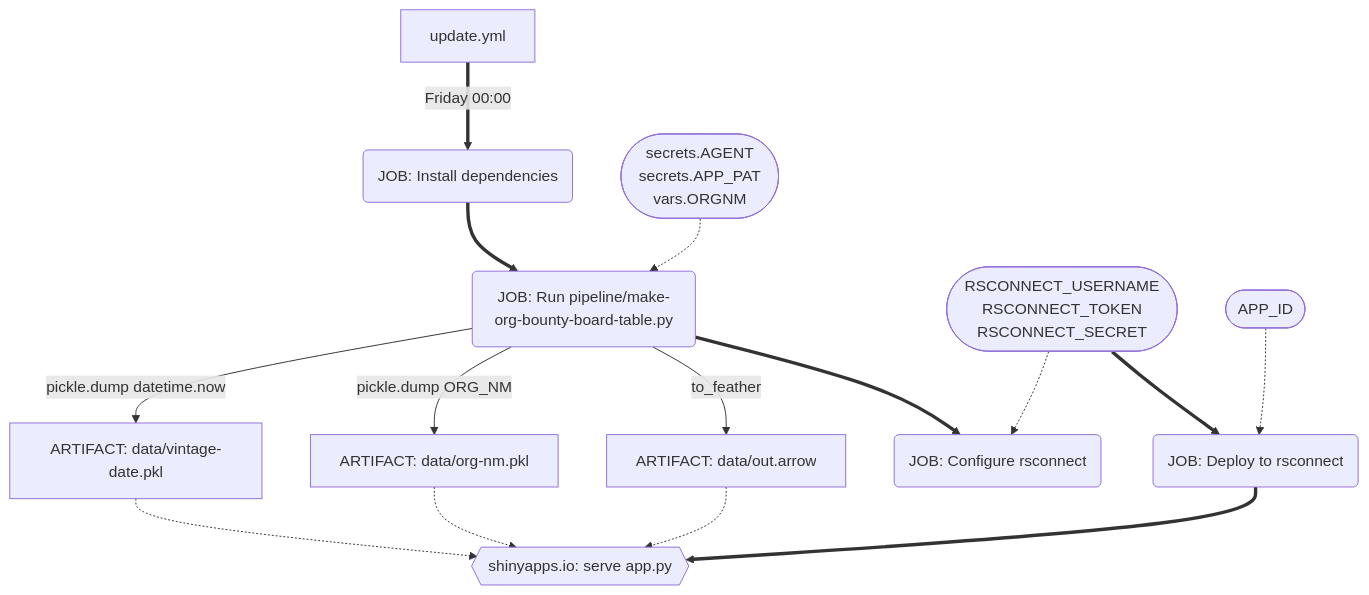
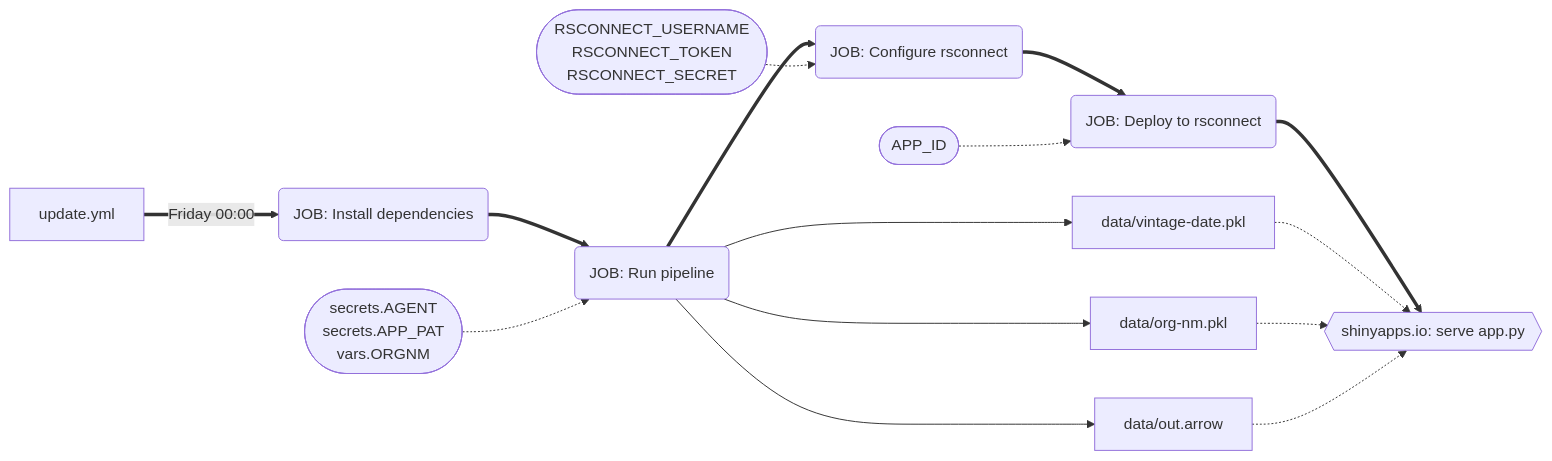
Before and after one commit to r-leyshon/org-issue-tool: the diagram in README.md, drawn with Mermaid.

Commit message:
Update README.md
Adjust mermaid chart

````diff
--- a/README.md
+++ b/README.md
@@ -11,18 +11,18 @@
 ```mermaid
-flowchart TD
+flowchart LR
     A[update.yml] ==>|Friday 00:00| B(JOB: Install dependencies)
-    B ==> C(JOB: Run pipeline/make-org-bounty-board-table.py)
-    C -->|pickle.dump datetime.now| D[ARTIFACT: data/vintage-date.pkl]
-    C -->|pickle.dump ORG_NM| E[ARTIFACT: data/org-nm.pkl]
-    C -->|to_feather| F[ARTIFACT: data/out.arrow]
+    B ==> C(JOB: Run pipeline)
+    C --> D[data/vintage-date.pkl]
+    C --> E[data/org-nm.pkl]
+    C --> F[data/out.arrow]
     G([secrets.AGENT\nsecrets.APP_PAT\nvars.ORGNM]) -.-> C
     C ==> H(JOB: Configure rsconnect)
     I([RSCONNECT_USERNAME\nRSCONNECT_TOKEN\nRSCONNECT_SECRET]) -.-> H
-    I ==> J(JOB: Deploy to rsconnect)
+    H ==> J(JOB: Deploy to rsconnect)
     K([APP_ID]) -.-> J
     J ==> L{{shinyapps.io: serve app.py}}
     D -.-> L
     E -.-> L
     F -.-> L
 
 ```
````
